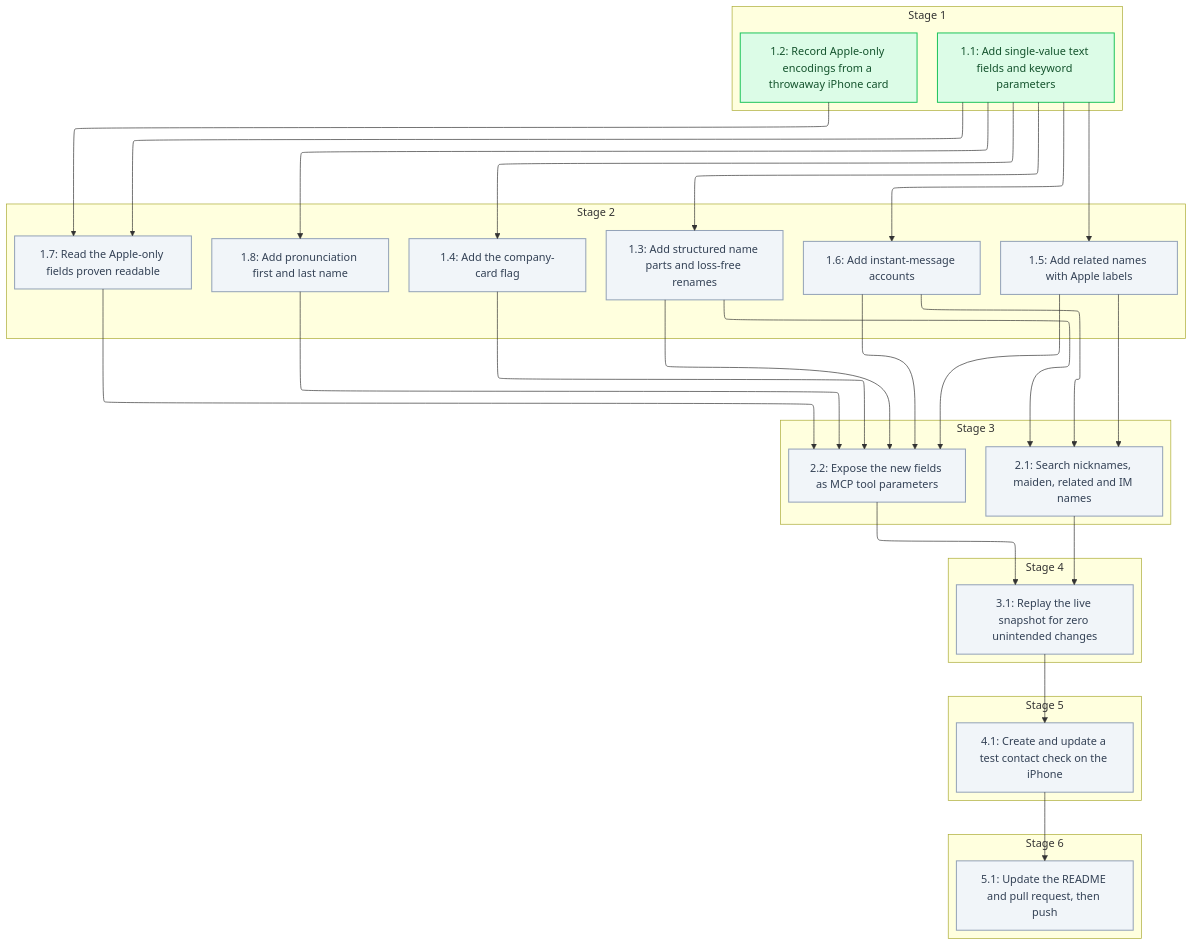
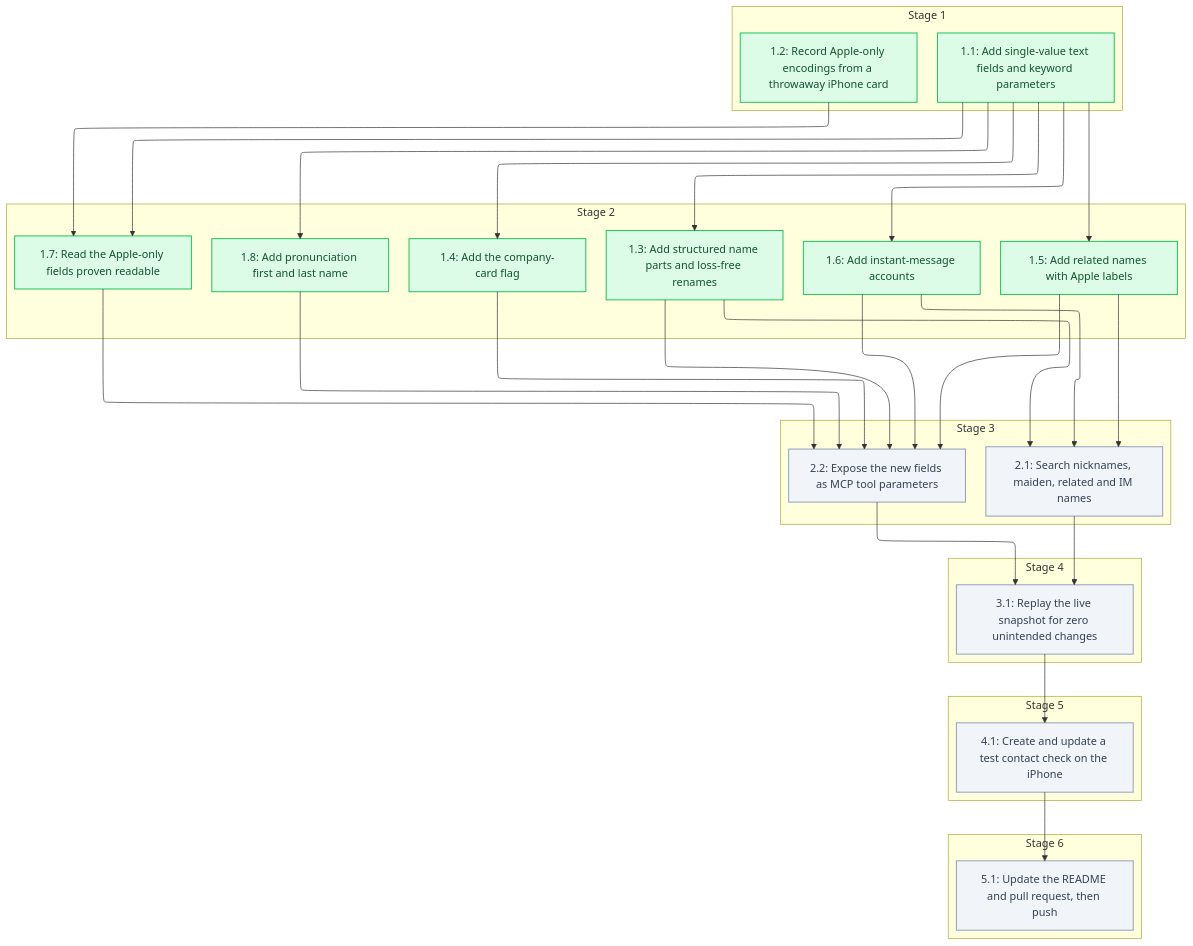
One commit to sohampatwardhan/icloud-mcp changed the diagram in .specs/contact-fields-completion/04_tasks.md. Above: the diagram before and after it, drawn with Mermaid. The commit also changed other lines of this file and 4 other files, not shown here.

````diff
--- a/.specs/contact-fields-completion/04_tasks.md
+++ b/.specs/contact-fields-completion/04_tasks.md
@@ -9,64 +9,64 @@
 ```mermaid
 %%{init: {'flowchart': {'defaultRenderer': 'elk'}}}%%
 flowchart TD
   classDef done fill:#dcfce7,stroke:#22c55e,stroke-width:1.5px,color:#14532d
   classDef pending fill:#f1f5f9,stroke:#94a3b8,stroke-width:1.5px,color:#334155
   subgraph n_stage_1["Stage 1"]
     n_1_1@{ shape: rect, label: "1.1: Add single-value text fields and keyword parameters" }
     n_1_2@{ shape: rect, label: "1.2: Record Apple-only encodings from a throwaway iPhone card" }
   end
   subgraph n_stage_2["Stage 2"]
     n_1_3@{ shape: rect, label: "1.3: Add structured name parts and loss-free renames" }
     n_1_4@{ shape: rect, label: "1.4: Add the company-card flag" }
     n_1_5@{ shape: rect, label: "1.5: Add related names with Apple labels" }
     n_1_6@{ shape: rect, label: "1.6: Add instant-message accounts" }
     n_1_7@{ shape: rect, label: "1.7: Read the Apple-only fields proven readable" }
     n_1_8@{ shape: rect, label: "1.8: Add pronunciation first and last name" }
   end
   subgraph n_stage_3["Stage 3"]
     n_2_1@{ shape: rect, label: "2.1: Search nicknames, maiden, related and IM names" }
     n_2_2@{ shape: rect, label: "2.2: Expose the new fields as MCP tool parameters" }
   end
   subgraph n_stage_4["Stage 4"]
     n_3_1@{ shape: rect, label: "3.1: Replay the live snapshot for zero unintended changes" }
   end
   subgraph n_stage_5["Stage 5"]
     n_4_1@{ shape: rect, label: "4.1: Create and update a test contact check on the iPhone" }
   end
   subgraph n_stage_6["Stage 6"]
     n_5_1@{ shape: rect, label: "5.1: Update the README and pull request, then push" }
   end
   n_1_1 --> n_1_3
   n_1_1 --> n_1_4
   n_1_1 --> n_1_5
   n_1_1 --> n_1_6
   n_1_1 --> n_1_7
   n_1_2 --> n_1_7
   n_1_1 --> n_1_8
   n_1_3 --> n_2_1
   n_1_5 --> n_2_1
   n_1_6 --> n_2_1
   n_1_3 --> n_2_2
   n_1_4 --> n_2_2
   n_1_5 --> n_2_2
   n_1_6 --> n_2_2
   n_1_7 --> n_2_2
   n_1_8 --> n_2_2
   n_2_1 --> n_3_1
   n_2_2 --> n_3_1
   n_3_1 --> n_4_1
   n_4_1 --> n_5_1
   class n_1_1 done
   class n_1_2 done
-  class n_1_3 pending
-  class n_1_4 pending
-  class n_1_5 pending
-  class n_1_6 pending
-  class n_1_7 pending
-  class n_1_8 pending
+  class n_1_3 done
+  class n_1_4 done
+  class n_1_5 done
+  class n_1_6 done
+  class n_1_7 done
+  class n_1_8 done
   class n_2_1 pending
   class n_2_2 pending
   class n_3_1 pending
   class n_4_1 pending
   class n_5_1 pending
 ```
````
